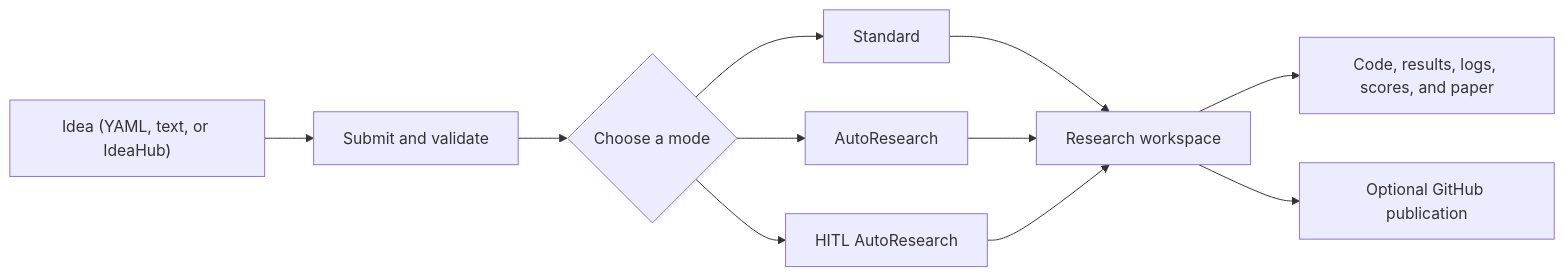
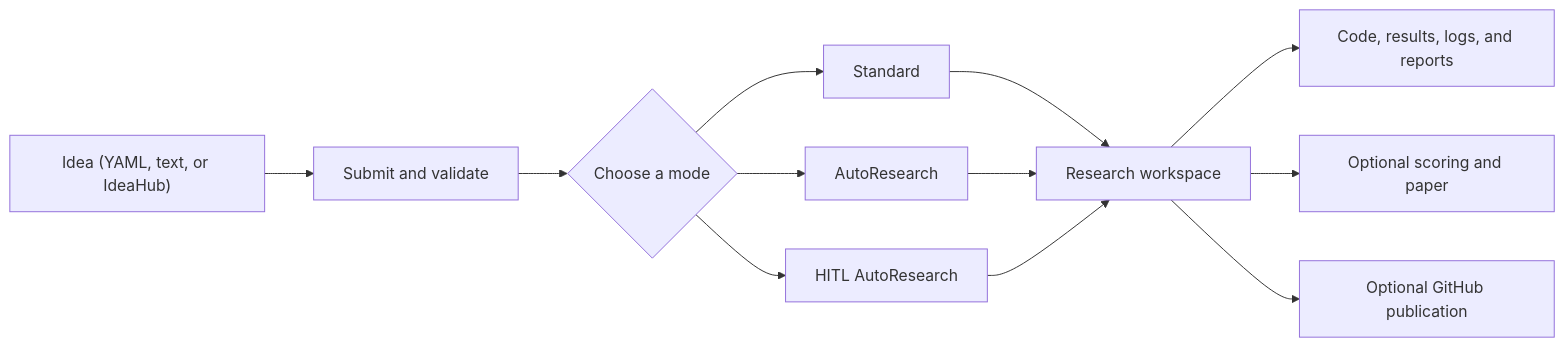
Before and after one commit to ChicagoHAI/NeuriCo: the diagram in README.md, drawn with Mermaid. The commit also changed other lines of this file, not shown here.

````diff
--- a/README.md
+++ b/README.md
@@ -410,13 +411,14 @@
 ```mermaid
 flowchart LR
     A["Idea (YAML, text, or IdeaHub)"] --> B["Submit and validate"]
     B --> C{"Choose a mode"}
     C --> D["Standard"]
     C --> E["AutoResearch"]
     C --> F["HITL AutoResearch"]
     D --> G["Research workspace"]
     E --> G
     F --> G
-    G --> H["Code, results, logs, scores, and paper"]
-    G --> I["Optional GitHub publication"]
+    G --> H["Code, results, logs, and reports"]
+    G --> I["Optional scoring and paper"]
+    G --> J["Optional GitHub publication"]
 ```
````
